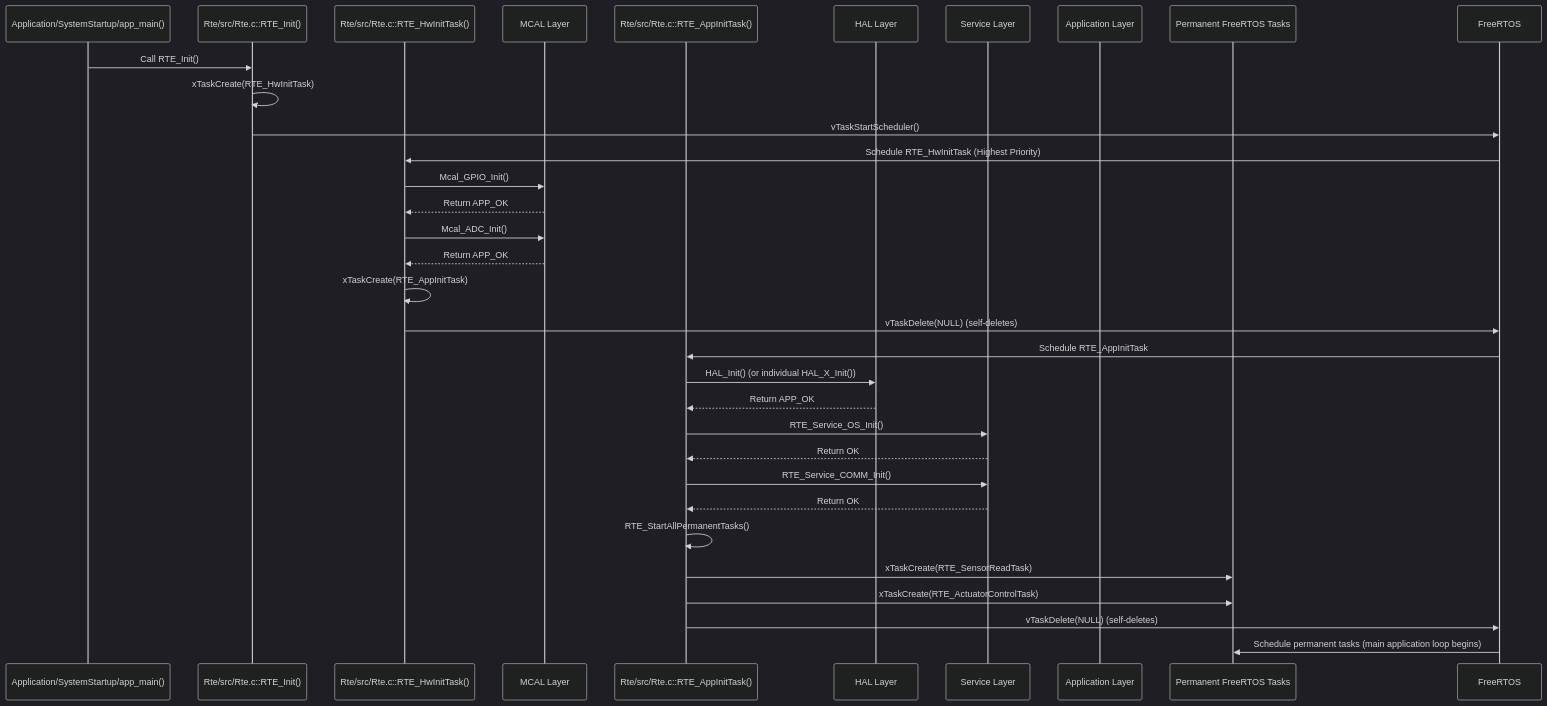
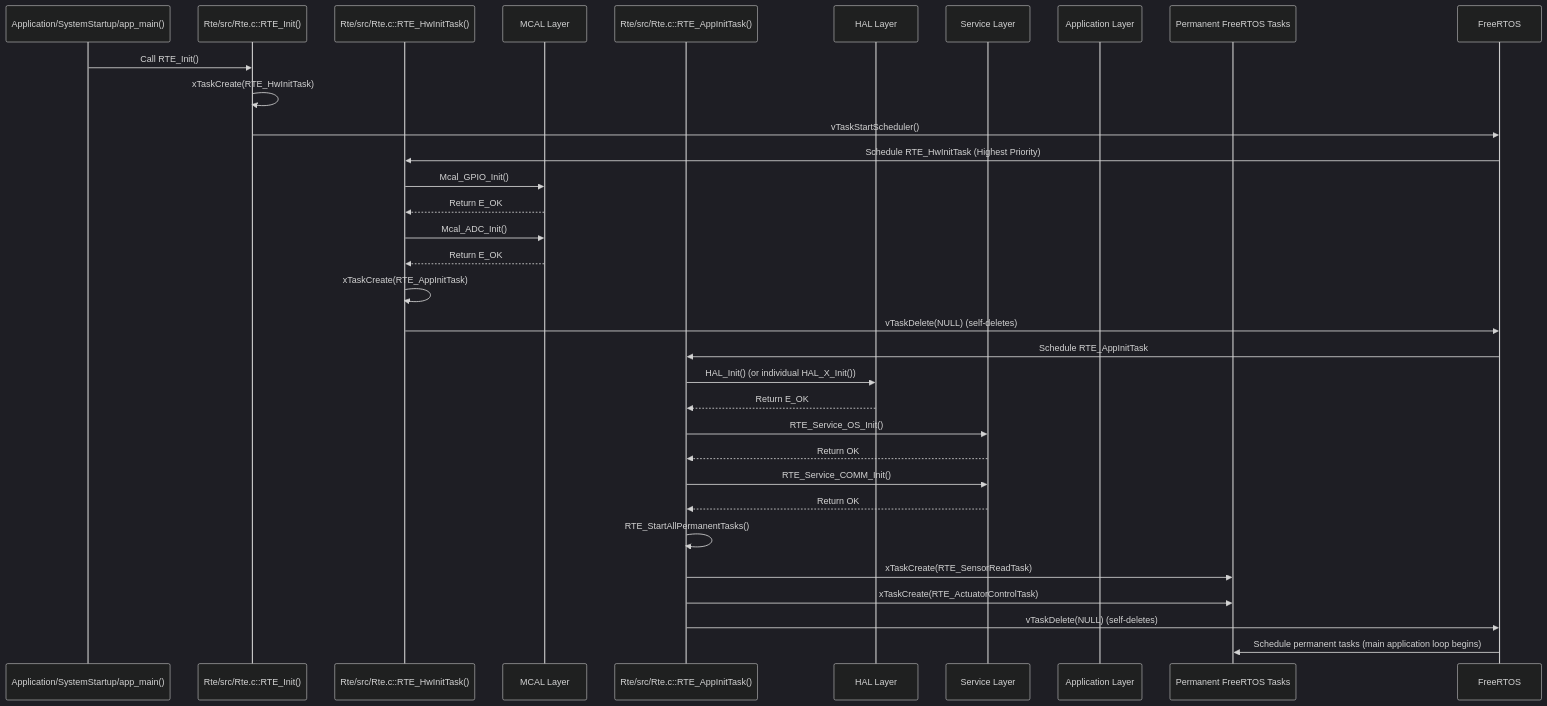
One commit to ashaker-2/Platform changed the diagram in Requiremets/Design/RTE.md. Above: the diagram before and after it, drawn with Mermaid (dark theme). The commit also changed other lines of this file and 716 other files, not shown here.

````diff
--- a/Requiremets/Design/RTE.md
+++ b/Requiremets/Design/RTE.md
@@ -253,42 +253,42 @@
 ```mermaid
 sequenceDiagram  
     participant AppMain as Application/SystemStartup/app_main()  
     participant RTE_InitFunc as Rte/src/Rte.c::RTE_Init()  
     participant RTE_HwInit as Rte/src/Rte.c::RTE_HwInitTask()  
     participant MCAL_Drivers as MCAL Layer  
     participant RTE_AppInit as Rte/src/Rte.c::RTE_AppInitTask()  
     participant HAL_Drivers as HAL Layer  
     participant Service_Modules as Service Layer  
     participant App_Modules as Application Layer  
     participant PermanentTasks as Permanent FreeRTOS Tasks
 
     AppMain->>RTE_InitFunc: Call RTE_Init()  
     RTE_InitFunc->>RTE_InitFunc: xTaskCreate(RTE_HwInitTask)  
     RTE_InitFunc->>FreeRTOS: vTaskStartScheduler()  
     FreeRTOS->>RTE_HwInit: Schedule RTE_HwInitTask (Highest Priority)
 
     RTE_HwInit->>MCAL_Drivers: Mcal_GPIO_Init()  
-    MCAL_Drivers-->>RTE_HwInit: Return APP_OK  
+    MCAL_Drivers-->>RTE_HwInit: Return E_OK  
     RTE_HwInit->>MCAL_Drivers: Mcal_ADC_Init()  
-    MCAL_Drivers-->>RTE_HwInit: Return APP_OK  
+    MCAL_Drivers-->>RTE_HwInit: Return E_OK  
     % ... more MCAL inits ...  
     RTE_HwInit->>RTE_HwInit: xTaskCreate(RTE_AppInitTask)  
     RTE_HwInit->>FreeRTOS: vTaskDelete(NULL) (self-deletes)
 
     FreeRTOS->>RTE_AppInit: Schedule RTE_AppInitTask
 
     RTE_AppInit->>HAL_Drivers: HAL_Init() (or individual HAL_X_Init())  
-    HAL_Drivers-->>RTE_AppInit: Return APP_OK  
+    HAL_Drivers-->>RTE_AppInit: Return E_OK  
     RTE_AppInit->>Service_Modules: RTE_Service_OS_Init()  
     Service_Modules-->>RTE_AppInit: Return OK  
     RTE_AppInit->>Service_Modules: RTE_Service_COMM_Init()  
     Service_Modules-->>RTE_AppInit: Return OK  
     % ... more Service/App inits ...  
     RTE_AppInit->>RTE_AppInit: RTE_StartAllPermanentTasks()  
     RTE_AppInit->>PermanentTasks: xTaskCreate(RTE_SensorReadTask)  
     RTE_AppInit->>PermanentTasks: xTaskCreate(RTE_ActuatorControlTask)  
     % ... more permanent tasks ...  
     RTE_AppInit->>FreeRTOS: vTaskDelete(NULL) (self-deletes)
 
     FreeRTOS->>PermanentTasks: Schedule permanent tasks (main application loop begins)
 ```
````
